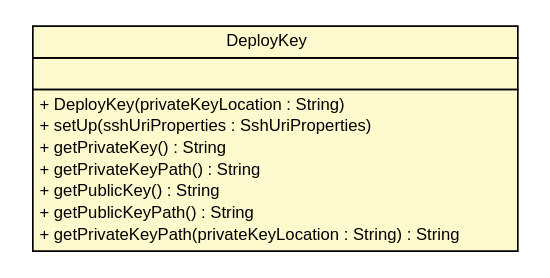
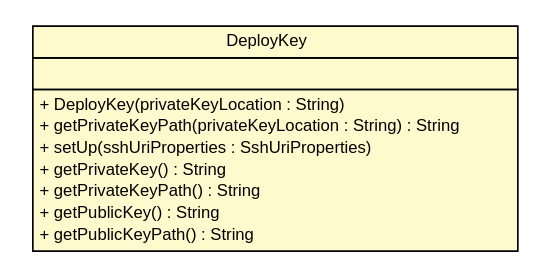
Before and after one commit to cloud-ready/cloud-ready: the diagram in snapshot/build-docker/spring-cloud-config/spring-cloud-config-server/apidocs/cn/home1/cloud/config/server/ssh/DeployKey.dot, drawn with Graphviz. The commit also changed other lines of this file and 137 other files, not shown here.

```diff
--- a/snapshot/build-docker/spring-cloud-config/spring-cloud-config-server/apidocs/cn/home1/cloud/config/server/ssh/DeployKey.dot
+++ b/snapshot/build-docker/spring-cloud-config/spring-cloud-config-server/apidocs/cn/home1/cloud/config/server/ssh/DeployKey.dot
@@ -1,30 +1,30 @@
 #!/usr/local/bin/dot
 #
 # Class diagram 
 # Generated by UMLGraph version R5_6-24-gf6e263 (http://www.umlgraph.org/)
 #
 
 digraph G {
 	edge [fontname="Helvetica",fontsize=10,labelfontname="Helvetica",labelfontsize=10];
 	node [fontname="Helvetica",fontsize=10,shape=plaintext];
 	nodesep=0.25;
 	ranksep=0.5;
 	// cn.home1.cloud.config.server.ssh.DeployKey
 	c247 [label=<<table title="cn.home1.cloud.config.server.ssh.DeployKey" border="0" cellborder="1" cellspacing="0" cellpadding="2" port="p" bgcolor="lemonChiffon" href="./DeployKey.html">
 		<tr><td><table border="0" cellspacing="0" cellpadding="1">
 <tr><td align="center" balign="center"> DeployKey </td></tr>
 		</table></td></tr>
 		<tr><td><table border="0" cellspacing="0" cellpadding="1">
 <tr><td align="left" balign="left">  </td></tr>
 		</table></td></tr>
 		<tr><td><table border="0" cellspacing="0" cellpadding="1">
 <tr><td align="left" balign="left"> + DeployKey(privateKeyLocation : String) </td></tr>
+<tr><td align="left" balign="left"> + getPrivateKeyPath(privateKeyLocation : String) : String </td></tr>
 <tr><td align="left" balign="left"> + setUp(sshUriProperties : SshUriProperties) </td></tr>
 <tr><td align="left" balign="left"> + getPrivateKey() : String </td></tr>
 <tr><td align="left" balign="left"> + getPrivateKeyPath() : String </td></tr>
 <tr><td align="left" balign="left"> + getPublicKey() : String </td></tr>
 <tr><td align="left" balign="left"> + getPublicKeyPath() : String </td></tr>
-<tr><td align="left" balign="left"> + getPrivateKeyPath(privateKeyLocation : String) : String </td></tr>
 		</table></td></tr>
 		</table>>, URL="./DeployKey.html", fontname="Helvetica", fontcolor="black", fontsize=10.0];
 }
```
